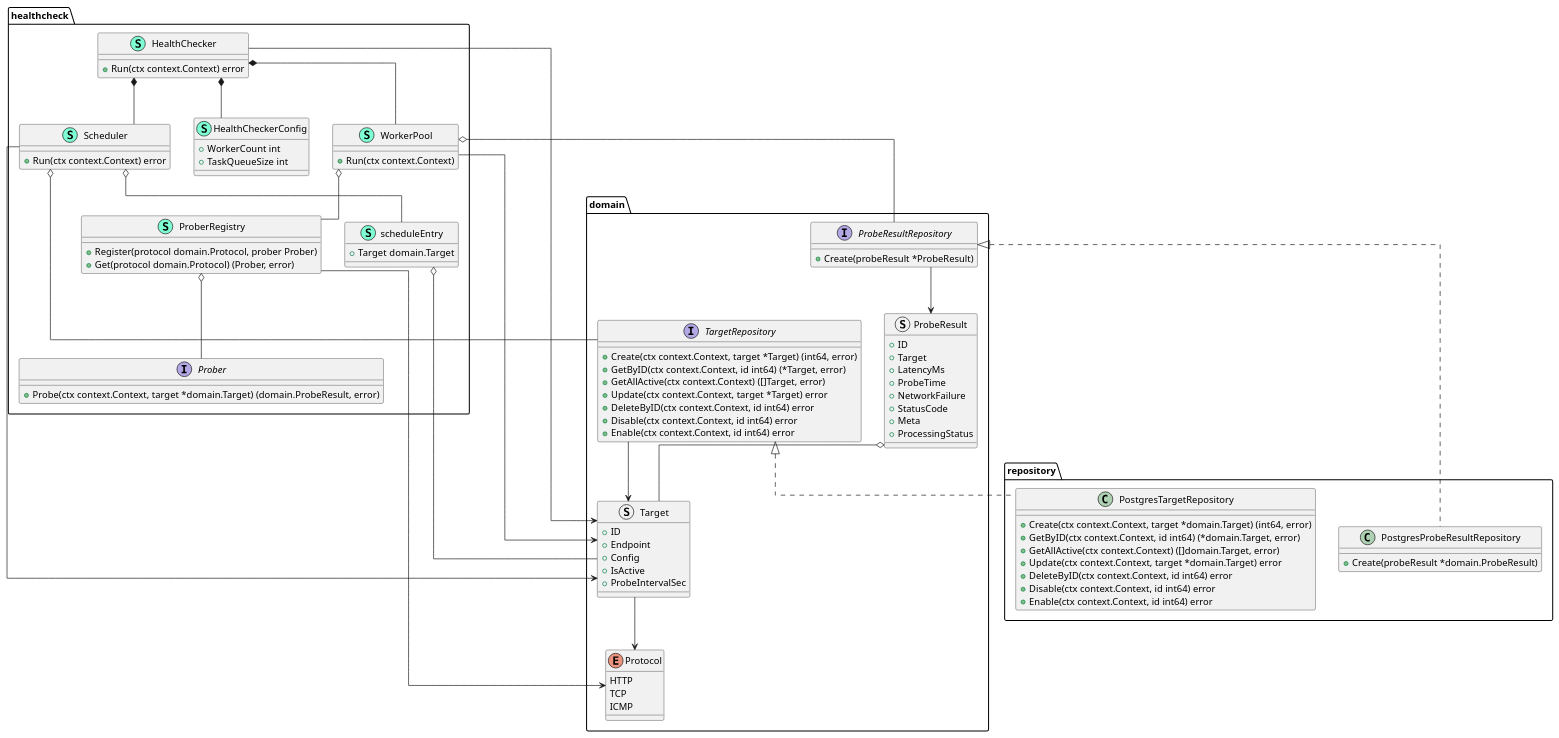
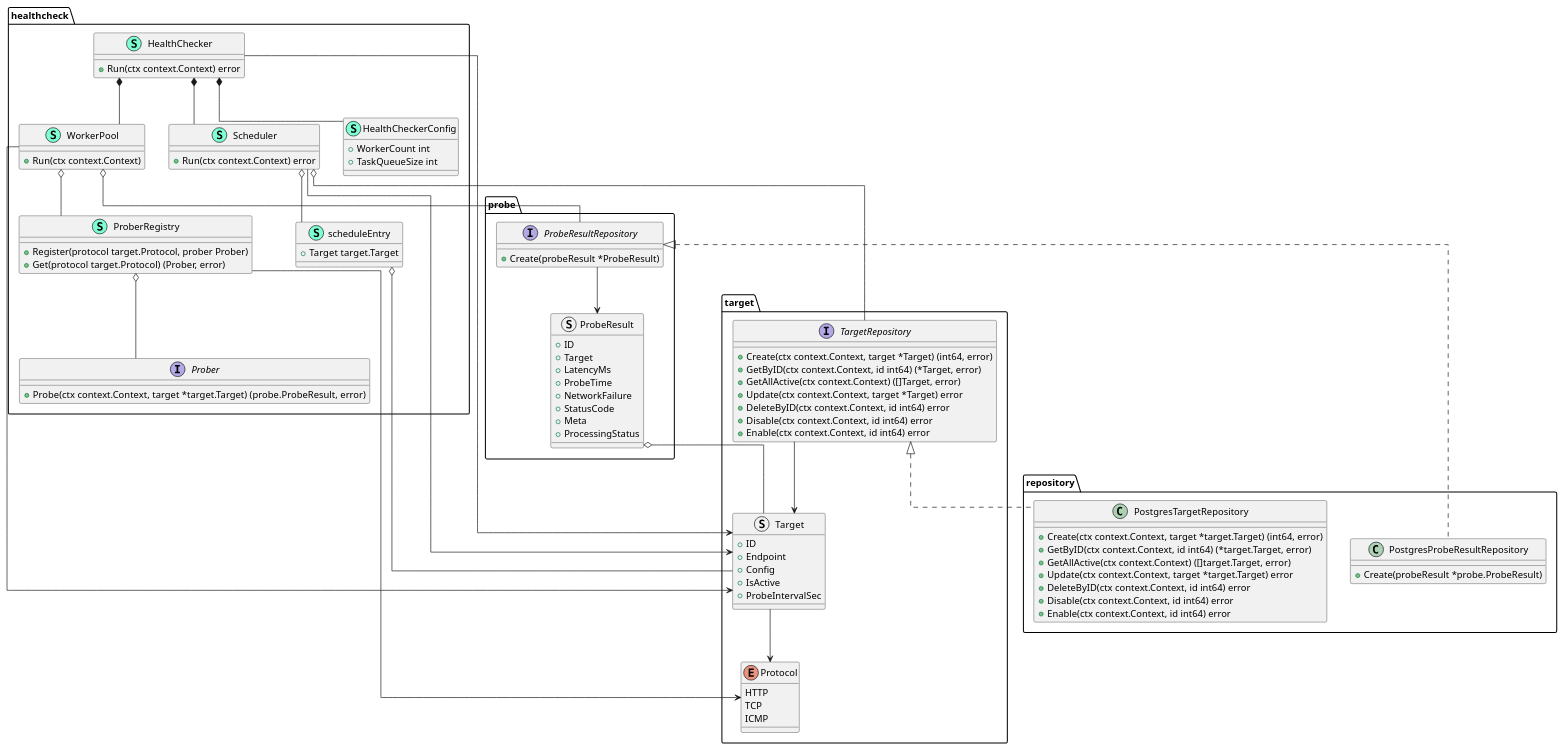
One commit to mkholkin/WatchTower changed the diagram in docs/puml/c4/healthchecker-l4.puml. Above: the diagram before and after it, drawn with PlantUML. The commit also changed 2 other files, not shown here.

```diff
--- a/docs/puml/c4/healthchecker-l4.puml
+++ b/docs/puml/c4/healthchecker-l4.puml
@@ -1,106 +1,106 @@
 @startuml
 skinparam linetype ortho
 'left to right direction
 namespace healthcheck {
     class "HealthChecker" << (S,Aquamarine) >> {
         + Run(ctx context.Context) error
 
     }
     class "HealthCheckerConfig" << (S,Aquamarine) >> {
         + WorkerCount int
         + TaskQueueSize int
 
     }
     interface "Prober"  {
-        + Probe(ctx context.Context, target *domain.Target) (domain.ProbeResult, error)
+        + Probe(ctx context.Context, target *target.Target) (probe.ProbeResult, error)
     }
     class "ProberRegistry" << (S,Aquamarine) >> {
-        + Register(protocol domain.Protocol, prober Prober) 
-        + Get(protocol domain.Protocol) (Prober, error)
+        + Register(protocol target.Protocol, prober Prober) 
+        + Get(protocol target.Protocol) (Prober, error)
     }
     class "Scheduler" << (S,Aquamarine) >> {
         + Run(ctx context.Context) error
 
     }
 
     class "WorkerPool" << (S,Aquamarine) >> {
         + Run(ctx context.Context) 
 
     }
     class "scheduleEntry" << (S,Aquamarine) >> {
-        + Target domain.Target
+        + Target target.Target
     }
 }
 
-enum "domain.Protocol" {
+enum "target.Protocol" {
     HTTP
     TCP
     ICMP
 }
 
-struct domain.Target {
+struct target.Target {
     + ID
     + Endpoint
     + Config
     + IsActive
     + ProbeIntervalSec
 }
-struct domain.ProbeResult {
+struct probe.ProbeResult {
     + ID
     + Target
     + LatencyMs
     + ProbeTime
     + NetworkFailure
     + StatusCode
     + Meta
     + ProcessingStatus
 }
 
-interface domain.ProbeResultRepository {
+interface probe.ProbeResultRepository {
     + Create(probeResult *ProbeResult)
 }
 
-interface "domain.TargetRepository" {
+interface "target.TargetRepository" {
     + Create(ctx context.Context, target *Target) (int64, error)
     + GetByID(ctx context.Context, id int64) (*Target, error)
     + GetAllActive(ctx context.Context) ([]Target, error)
     + Update(ctx context.Context, target *Target) error
     + DeleteByID(ctx context.Context, id int64) error
     + Disable(ctx context.Context, id int64) error
     + Enable(ctx context.Context, id int64) error
 }
 
 namespace repository {
-    class "PostgresTargetRepository" implements "domain.TargetRepository"{
-        + Create(ctx context.Context, target *domain.Target) (int64, error)
-        + GetByID(ctx context.Context, id int64) (*domain.Target, error)
-        + GetAllActive(ctx context.Context) ([]domain.Target, error)
-        + Update(ctx context.Context, target *domain.Target) error
+    class "PostgresTargetRepository" implements "target.TargetRepository"{
+        + Create(ctx context.Context, target *target.Target) (int64, error)
+        + GetByID(ctx context.Context, id int64) (*target.Target, error)
+        + GetAllActive(ctx context.Context) ([]target.Target, error)
+        + Update(ctx context.Context, target *target.Target) error
         + DeleteByID(ctx context.Context, id int64) error
         + Disable(ctx context.Context, id int64) error
         + Enable(ctx context.Context, id int64) error
     }
 
-    class "PostgresProbeResultRepository" implements "domain.ProbeResultRepository" {
-        + Create(probeResult *domain.ProbeResult)
+    class "PostgresProbeResultRepository" implements "probe.ProbeResultRepository" {
+        + Create(probeResult *probe.ProbeResult)
     }
 }
 
-"healthcheck.HealthChecker" --> "domain.Target"
+"healthcheck.HealthChecker" --> "target.Target"
 "healthcheck.HealthChecker" *-- "healthcheck.Scheduler"
 "healthcheck.HealthChecker" *-- "healthcheck.WorkerPool"
-"healthcheck.ProberRegistry" --> "domain.Protocol"
+"healthcheck.ProberRegistry" --> "target.Protocol"
 "healthcheck.ProberRegistry" o-- "healthcheck.Prober"
-"healthcheck.Scheduler" --> "domain.Target"
-"healthcheck.Scheduler" o-- "domain.TargetRepository"
+"healthcheck.Scheduler" --> "target.Target"
+"healthcheck.Scheduler" o-- "target.TargetRepository"
 "healthcheck.Scheduler" o-- "healthcheck.scheduleEntry"
-"healthcheck.WorkerPool" o-- "domain.ProbeResultRepository"
-"healthcheck.WorkerPool" --> "domain.Target"
+"healthcheck.WorkerPool" o-- "probe.ProbeResultRepository"
+"healthcheck.WorkerPool" --> "target.Target"
 "healthcheck.WorkerPool" o-- "healthcheck.ProberRegistry"
-"healthcheck.scheduleEntry" o-- "domain.Target"
+"healthcheck.scheduleEntry" o-- "target.Target"
 "HealthChecker" *-- "HealthCheckerConfig"
-domain.Target --> "domain.Protocol"
-"domain.TargetRepository" --> domain.Target
-"domain.ProbeResultRepository" --> domain.ProbeResult
-"domain.ProbeResult" o-- domain.Target
+target.Target --> "target.Protocol"
+"target.TargetRepository" --> target.Target
+"probe.ProbeResultRepository" --> probe.ProbeResult
+"probe.ProbeResult" o-- target.Target
 @enduml
```
